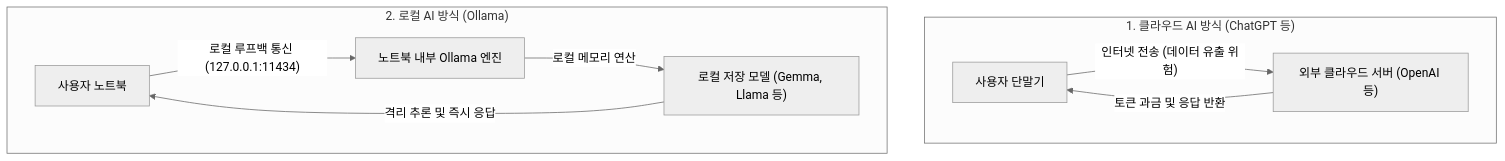
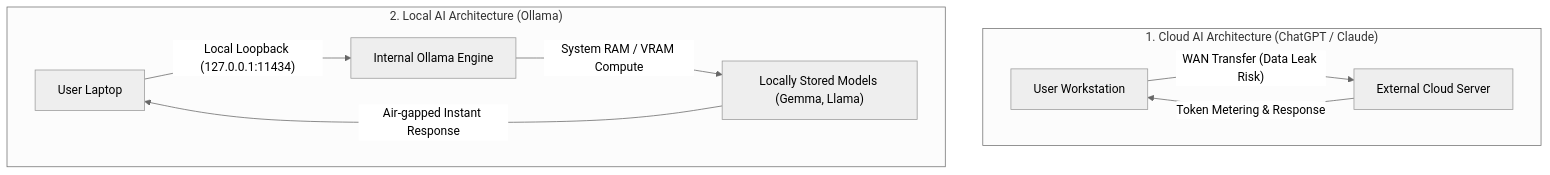
The first of 2 diagrams in content/posts/ollama-01-local-llm-intro/index.en.md (CheolKyunYU/cknotes), drawn with Mermaid (neutral theme) before and after one commit. The commit also changed other lines of this file and 60 other files, not shown here.

````diff
--- a/content/posts/ollama-01-local-llm-intro/index.en.md
+++ b/content/posts/ollama-01-local-llm-intro/index.en.md
@@ -57,13 +53,13 @@
 ```mermaid
 flowchart TD
-    subgraph CloudAI["1. 클라우드 AI 방식 (ChatGPT 등)"]
-        User1["사용자 단말기"] -->|"인터넷 전송 (데이터 유출 위험)"| CloudServer["외부 클라우드 서버 (OpenAI 등)"]
-        CloudServer -->|"토큰 과금 및 응답 반환"| User1
+    subgraph CloudAI["1. Cloud AI Architecture (ChatGPT / Claude)"]
+        User1["User Workstation"] -->|"WAN Transfer (Data Leak Risk)"| CloudServer["External Cloud Server"]
+        CloudServer -->|"Token Metering & Response"| User1
     end
 
-    subgraph LocalAI["2. 로컬 AI 방식 (Ollama)"]
-        User2["사용자 노트북"] -->|"로컬 루프백 통신 (127.0.0.1:11434)"| OllamaEngine["노트북 내부 Ollama 엔진"]
-        OllamaEngine -->|"로컬 메모리 연산"| LocalModels["로컬 저장 모델 (Gemma, Llama 등)"]
-        LocalModels -->|"격리 추론 및 즉시 응답"| User2
+    subgraph LocalAI["2. Local AI Architecture (Ollama)"]
+        User2["User Laptop"] -->|"Local Loopback (127.0.0.1:11434)"| OllamaEngine["Internal Ollama Engine"]
+        OllamaEngine -->|"System RAM / VRAM Compute"| LocalModels["Locally Stored Models (Gemma, Llama)"]
+        LocalModels -->|"Air-gapped Instant Response"| User2
     end
 ```
````
